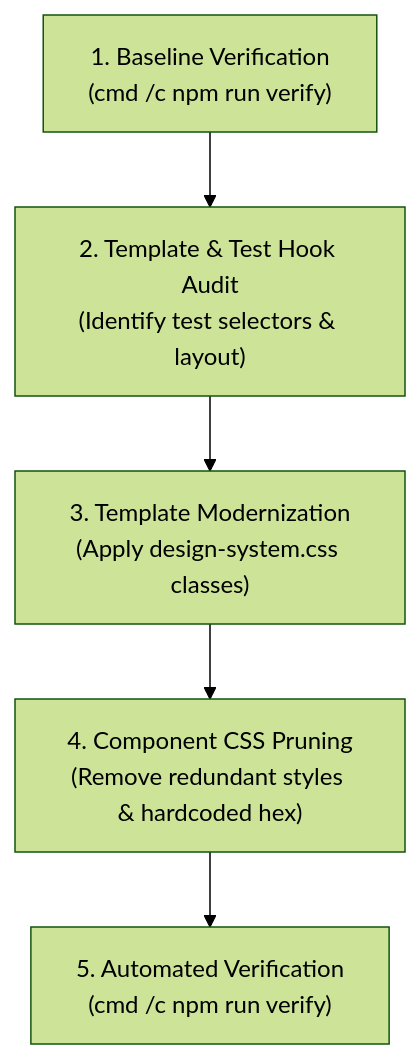
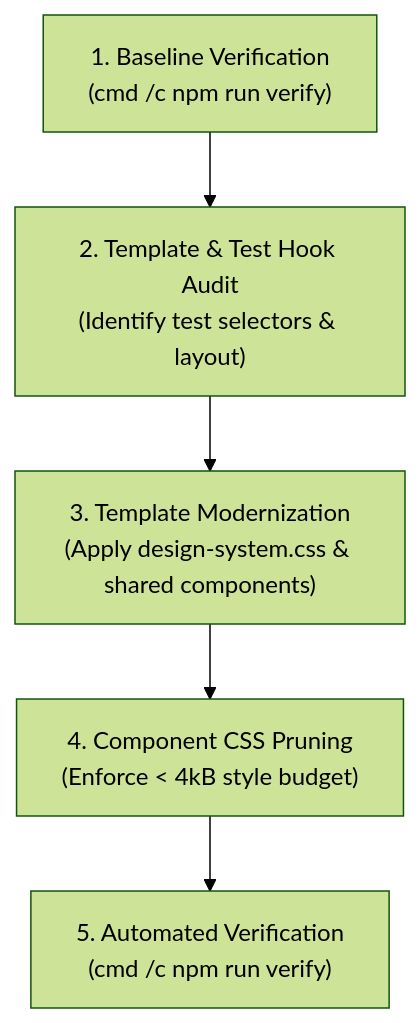
Before and after one commit to hoangbt5333/Student-Management: the diagram in .agents/skills/ui-standardization/SKILL.md, drawn with Mermaid (forest theme). The commit also changed other lines of this file and 3 other files, not shown here.

Commit message:
docs(skills): update architecture, ui-standardization, and code-validation with shared primitives and style budget

````diff
--- a/.agents/skills/ui-standardization/SKILL.md
+++ b/.agents/skills/ui-standardization/SKILL.md
@@ -26,7 +28,7 @@
 ```mermaid
 flowchart TD
     S1["1. Baseline Verification\n(cmd /c npm run verify)"] --> S2["2. Template & Test Hook Audit\n(Identify test selectors & layout)"]
-    S2 --> S3["3. Template Modernization\n(Apply design-system.css classes)"]
-    S3 --> S4["4. Component CSS Pruning\n(Remove redundant styles & hardcoded hex)"]
+    S2 --> S3["3. Template Modernization\n(Apply design-system.css & shared components)"]
+    S3 --> S4["4. Component CSS Pruning\n(Enforce < 4kB style budget)"]
     S4 --> S5["5. Automated Verification\n(cmd /c npm run verify)"]
 ```
````
